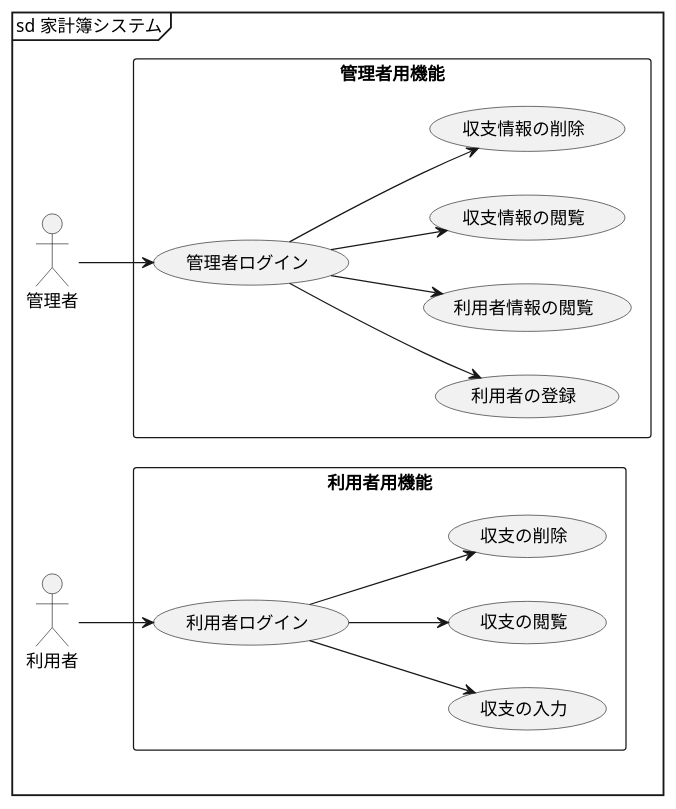
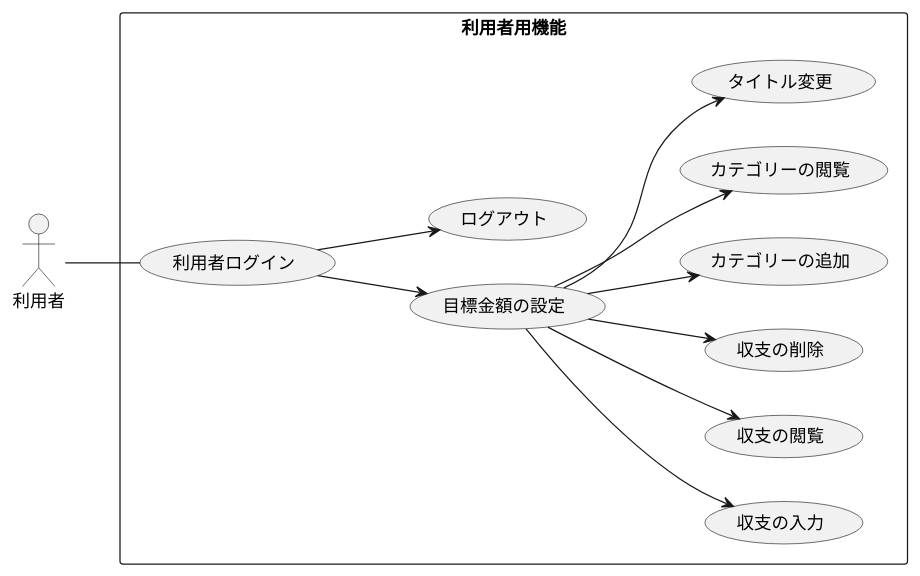
The diagram in test.pu (masakan590/uml-introduction), drawn with PlantUML before and after one commit. The commit also changed 2 other files, not shown here.

```diff
--- a/test.pu
+++ b/test.pu
@@ -1,33 +1,24 @@
 @startuml
 left to right direction
-mainframe sd 家計簿システム
 actor 利用者 as user
 rectangle 利用者用機能 {
   usecase 収支の入力 as input
   usecase 収支の閲覧 as view
   usecase 収支の削除 as delete
-usecase 利用者ログイン as user_login
+  usecase 利用者ログイン as user_login
+  usecase カテゴリーの追加 as cat_add
+  usecase カテゴリーの閲覧 as cat_see
+  usecase 目標金額の設定 as set_goal
+  usecase ログアウト as logout
+  usecase タイトル変更 as tit_cng
 }
-
-actor 管理者 as admin
-rectangle 管理者用機能 {
-  usecase 利用者の登録 as register
-  usecase 利用者情報の閲覧 as view_user
-  usecase 収支情報の閲覧 as view_all
-  usecase 収支情報の削除 as delete_all
-  usecase 管理者ログイン as admin_login
-}
-
-
-user_login --> input
-user_login --> view
-user_login --> delete
-user --> user_login
-
-admin --> admin_login
-admin_login --> register
-admin_login --> view_user
-admin_login --> view_all
-admin_login --> delete_all
-
+set_goal --> input
+set_goal --> view
+set_goal --> delete
+user -- user_login
+set_goal --> cat_add
+set_goal --> cat_see
+user_login --> set_goal
+user_login --> logout
+set_goal --> tit_cng
 @enduml
```
